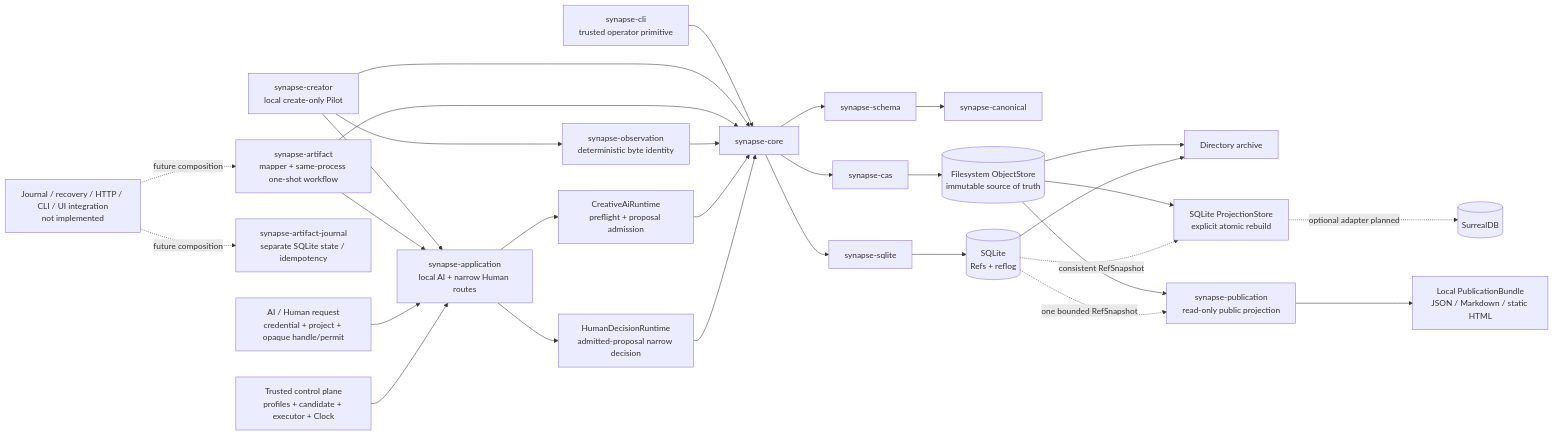
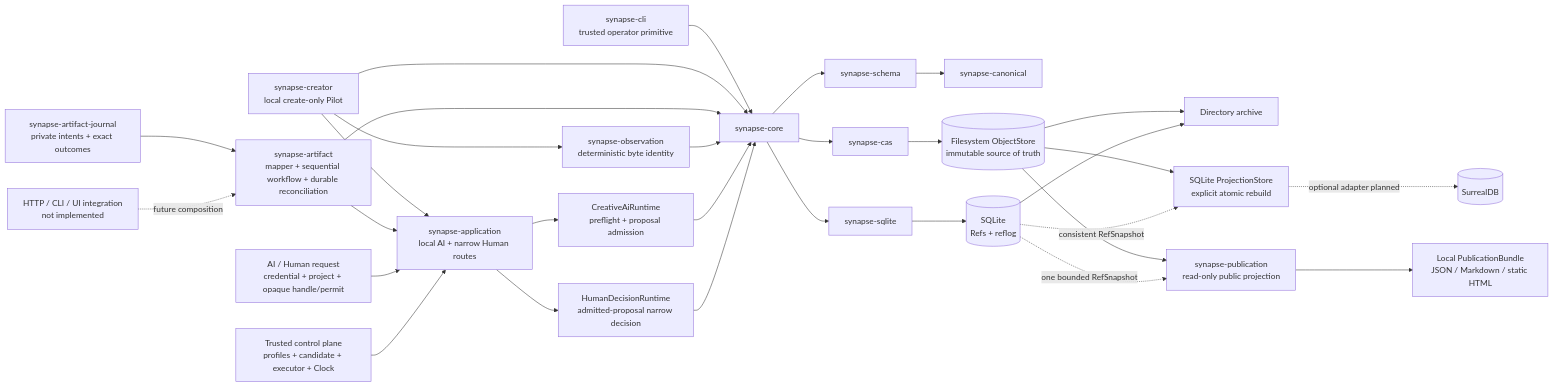
The diagram in docs/runtime_architecture.md (howlrs/synapsegit), drawn with Mermaid before and after one commit. The commit also changed 2 other files, not shown here.

Commit message:
docs: align generic artifact completion scope

````diff
--- a/docs/runtime_architecture.md
+++ b/docs/runtime_architecture.md
@@ -11,33 +11,32 @@
 ```mermaid
 flowchart LR
     CLI["synapse-cli<br/>trusted operator primitive"] --> CORE[synapse-core]
     CREATOR["synapse-creator<br/>local create-only Pilot"] --> OBS["synapse-observation<br/>deterministic byte identity"]
     CREATOR --> APP
     CREATOR --> CORE
-    ARTIFACT["synapse-artifact<br/>mapper + same-process one-shot workflow"] --> CORE
+    ARTIFACT["synapse-artifact<br/>mapper + sequential workflow + durable reconciliation"] --> CORE
     ARTIFACT --> APP
-    JOURNAL["synapse-artifact-journal<br/>separate SQLite state / idempotency"]
-    TRANSPORT["Journal / recovery / HTTP / CLI / UI integration<br/>not implemented"] -. future composition .-> ARTIFACT
-    TRANSPORT -. future composition .-> JOURNAL
+    JOURNAL["synapse-artifact-journal<br/>private intents + exact outcomes"] --> ARTIFACT
+    TRANSPORT["HTTP / CLI / UI integration<br/>not implemented"] -. future composition .-> ARTIFACT
     OBS --> CORE
     REQUEST["AI / Human request<br/>credential + project + opaque handle/permit"] --> APP["synapse-application<br/>local AI + narrow Human routes"]
     CONTROL["Trusted control plane<br/>profiles + candidate + executor + Clock"] --> APP
     APP --> AIR["CreativeAiRuntime<br/>preflight + proposal admission"]
     APP --> HUMAN["HumanDecisionRuntime<br/>admitted-proposal narrow decision"]
     AIR --> CORE
     HUMAN --> CORE
     CORE --> SCHEMA[synapse-schema]
     SCHEMA --> CANON[synapse-canonical]
     CORE --> CAS[synapse-cas]
     CORE --> REF[synapse-sqlite]
     CAS --> STORE[(Filesystem ObjectStore<br/>immutable source of truth)]
     REF --> DB[(SQLite<br/>Refs + reflog)]
     STORE --> ARCHIVE[Directory archive]
     DB --> ARCHIVE
     STORE --> PROJ["SQLite ProjectionStore<br/>explicit atomic rebuild"]
     DB -. consistent RefSnapshot .-> PROJ
     STORE --> PRESENT["synapse-publication<br/>read-only public projection"]
     DB -. one bounded RefSnapshot .-> PRESENT
     PRESENT --> BUNDLE["Local PublicationBundle<br/>JSON / Markdown / static HTML"]
     PROJ -. optional adapter planned .-> SURREAL[(SurrealDB)]
 ```
````
